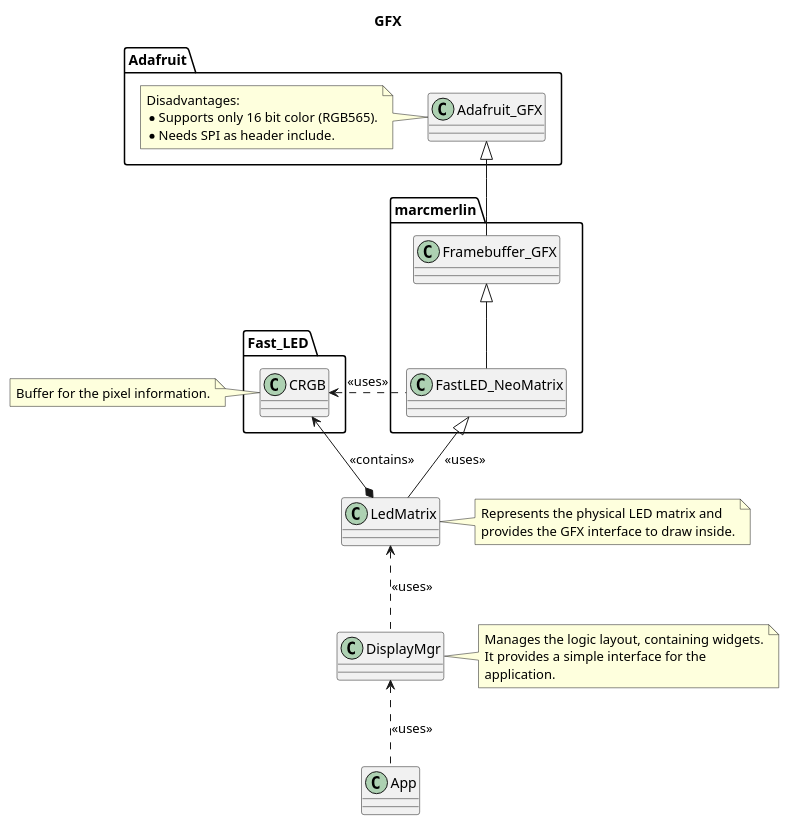
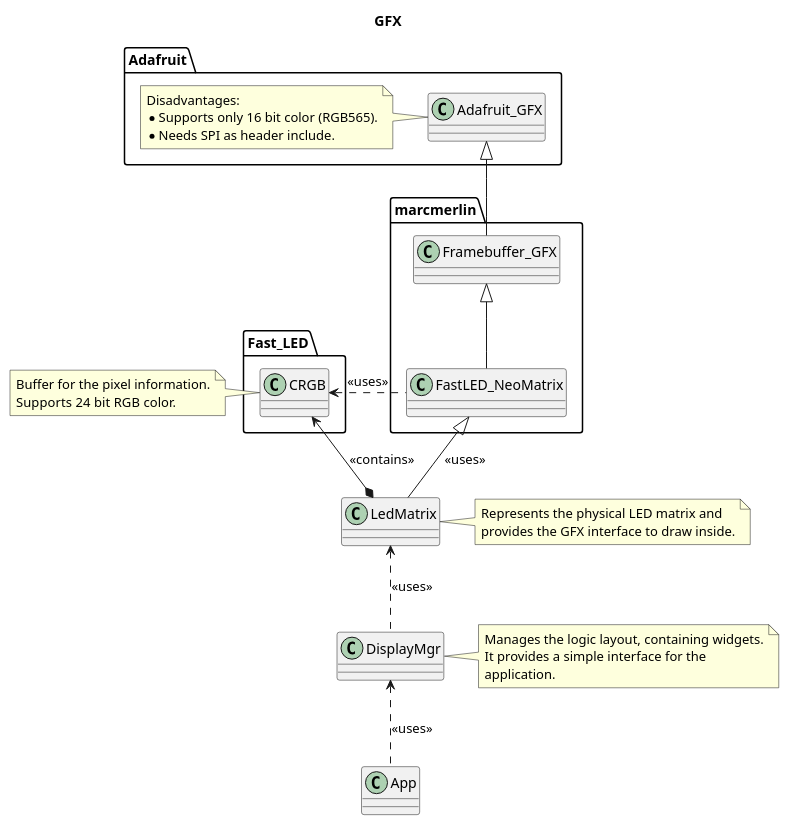
The diagram in doc/design/gfx.plantuml (BlueAndi/Pixelix), drawn with PlantUML before and after one commit. The commit also changed 1 other file, not shown here.

```diff
--- a/doc/design/gfx.plantuml
+++ b/doc/design/gfx.plantuml
@@ -1,56 +1,57 @@
 @startuml
 
 title GFX
 
 package "marcmerlin" {
     class "FastLED_NeoMatrix" as neoMatrix
     class "Framebuffer_GFX" as frameBufferGfx
 }
 
 package "Fast_LED" {
     class "CRGB" as crgb
 }
 
 note left of crgb
     Buffer for the pixel information.
+    Supports 24 bit RGB color.
 end note
 
 package "Adafruit" {
     class "Adafruit_GFX" as adafruitGfx
 
     note left of adafruitGfx
         Disadvantages:
         * Supports only 16 bit color (RGB565).
         * Needs SPI as header include.
     end note
 }
 
 adafruitGfx <|-- frameBufferGfx
 frameBufferGfx <|-- neoMatrix
 neoMatrix .l.> crgb: <<uses>>
 
 class "LedMatrix" as ledMatrix
 
 neoMatrix <|-- ledMatrix: <<uses>>
 crgb <--* ledMatrix: <<contains>>
 
 note right of ledMatrix
     Represents the physical LED matrix and
     provides the GFX interface to draw inside.
 end note
 
 class "DisplayMgr" as displayMgr
 
 ledMatrix <.. displayMgr: <<uses>>
 
 note right of displayMgr
     Manages the logic layout, containing widgets.
     It provides a simple interface for the
     application.
 end note
 
 class "App" as app
 
 displayMgr <.. app: <<uses>>
 
 @enduml
```
